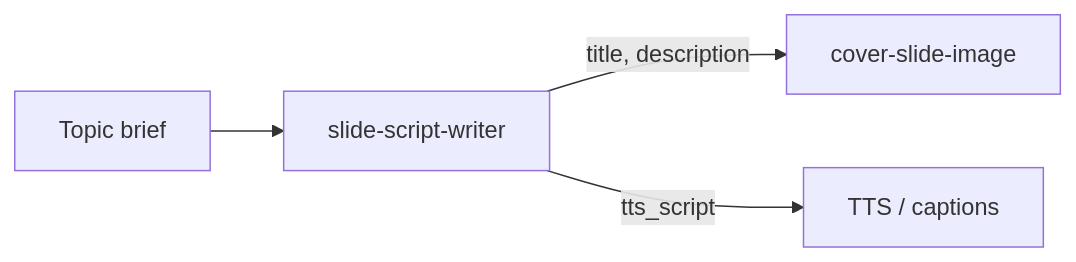
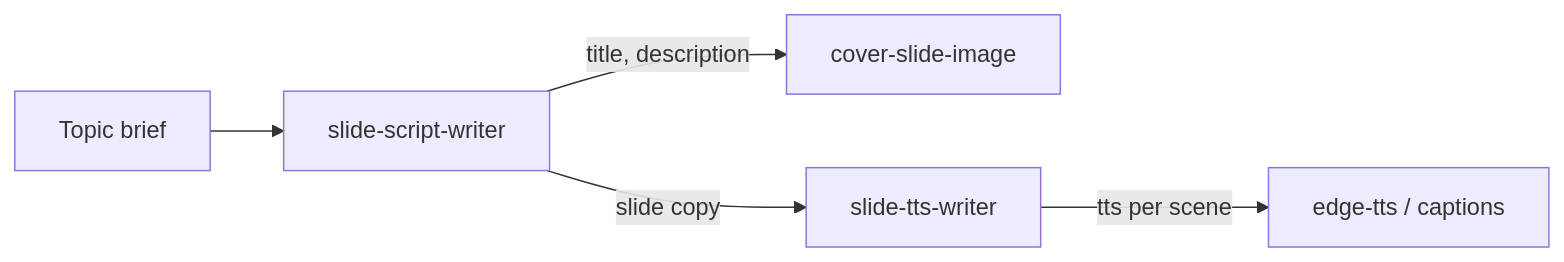
Before and after one commit to ducanh12980/Short-form-content-generator: the diagram in docs/prompts/cover-slide-image.md, drawn with Mermaid. The commit also changed other lines of this file and 40 other files, not shown here.

````diff
--- a/docs/prompts/cover-slide-image.md
+++ b/docs/prompts/cover-slide-image.md
@@ -404,6 +404,7 @@
 ```mermaid
 flowchart LR
   T[Topic brief] --> SW[slide-script-writer]
   SW -->|title, description| IMG[cover-slide-image]
-  SW -->|tts_script| TTS[TTS / captions]
+  SW -->|slide copy| TW[slide-tts-writer]
+  TW -->|tts per scene| TTS[edge-tts / captions]
 ```
````
